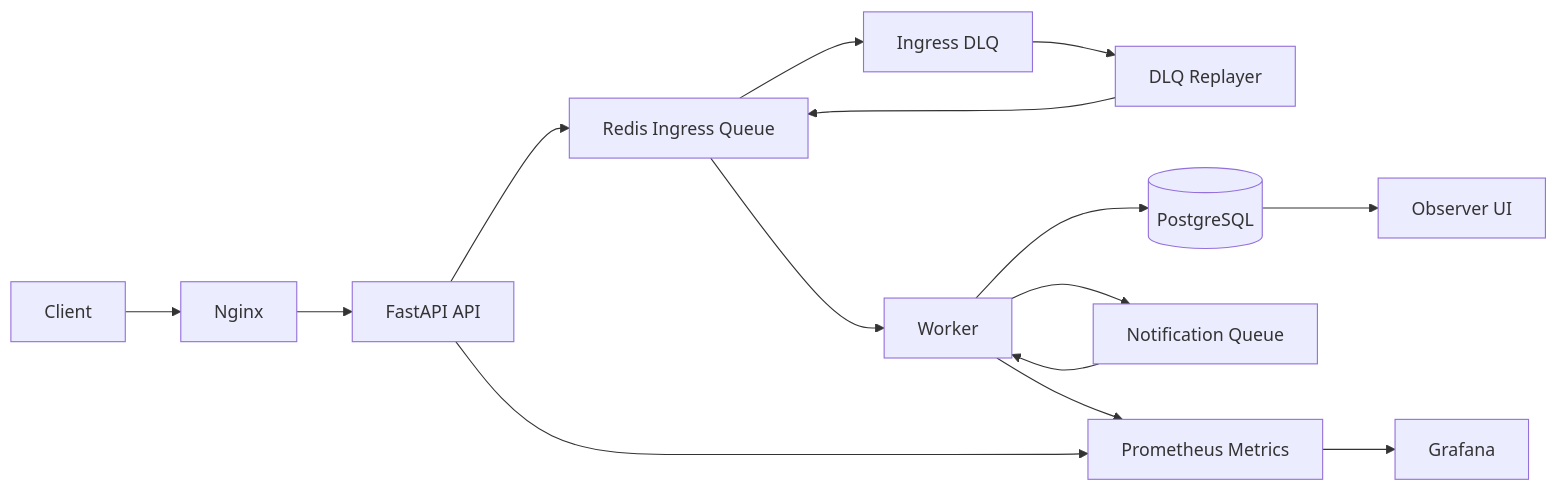
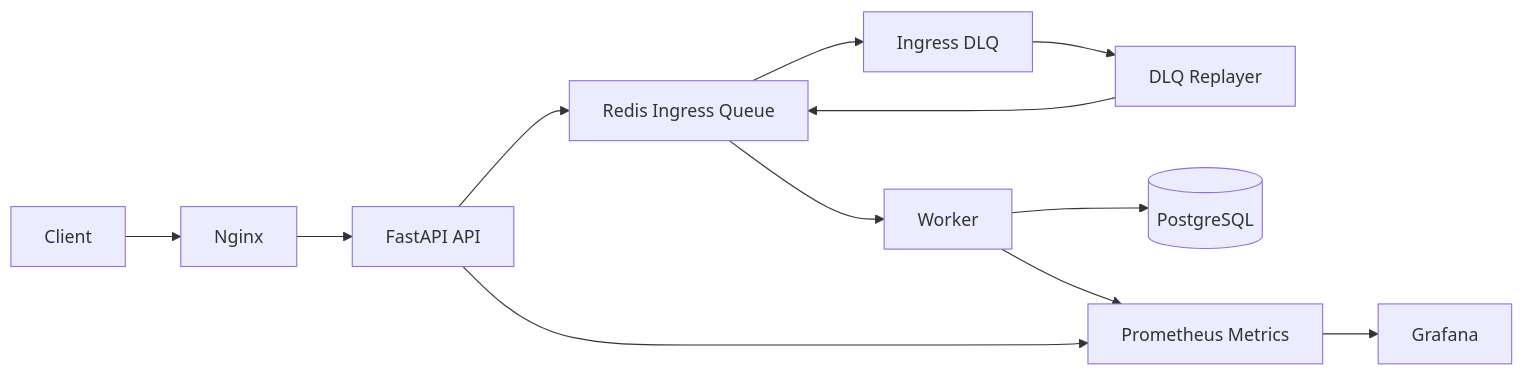
One commit to Jangwanko/Cloud_portfolio changed the diagram in README.md. Above: the diagram before and after it, drawn with Mermaid. The commit also changed other lines of this file and 11 other files, not shown here.

````diff
--- a/README.md
+++ b/README.md
@@ -14,17 +49,14 @@
 ```mermaid
 flowchart LR
     C[Client] --> N[Nginx]
     N --> A[FastAPI API]
     A --> RQ[Redis Ingress Queue]
     RQ --> W[Worker]
     RQ --> DLQ[Ingress DLQ]
     DLQ --> DR[DLQ Replayer]
     DR --> RQ
     W --> DB[(PostgreSQL)]
-    W --> NQ[Notification Queue]
-    NQ --> W
-    DB --> O[Observer UI]
     W --> M[Prometheus Metrics]
     A --> M
     M --> G[Grafana]
 ```
````
